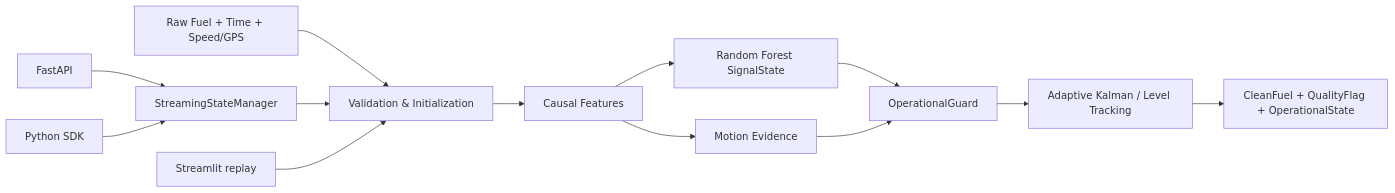
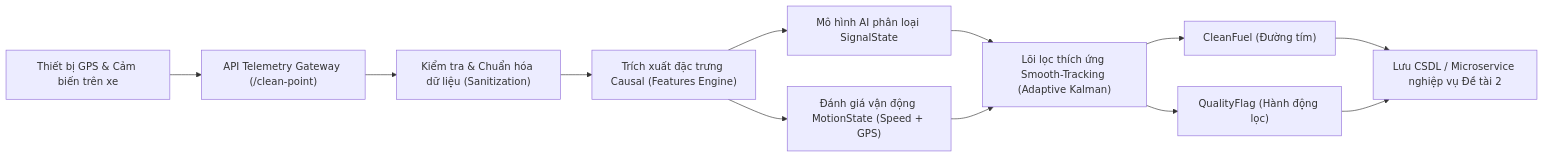
One commit to HOANGTHI2509/THUCTAP-VICOMSAT-D1 changed the first of 3 diagrams in README.md. Above: the diagram before and after it, drawn with Mermaid. The commit also changed other lines of this file, not shown here.

````diff
--- a/README.md
+++ b/README.md
@@ -76,16 +77,14 @@
 ```mermaid
 flowchart LR
-    A["Raw Fuel + Time + Speed/GPS"] --> B["Validation & Initialization"]
-    B --> C["Causal Features"]
-    C --> D["Random Forest SignalState"]
-    C --> E["Motion Evidence"]
-    D --> F["OperationalGuard"]
-    E --> F
-    F --> G["Adaptive Kalman / Level Tracking"]
-    G --> H["CleanFuel + QualityFlag + OperationalState"]
-
-    API["FastAPI"] --> S["StreamingStateManager"]
-    SDK["Python SDK"] --> S
-    S --> B
-    DASH["Streamlit replay"] --> B
+    A["Thiết bị GPS & Cảm biến trên xe"] --> B["API Telemetry Gateway (/clean-point)"]
+    B --> C["Kiểm tra & Chuẩn hóa dữ liệu (Sanitization)"]
+    C --> D["Trích xuất đặc trưng Causal (Features Engine)"]
+    D --> E["Mô hình AI phân loại SignalState"]
+    D --> I["Đánh giá vận động MotionState (Speed + GPS)"]
+    E --> F["Lõi lọc thích ứng Smooth-Tracking (Adaptive Kalman)"]
+    I --> F
+    F --> G["CleanFuel (Đường tím)"]
+    F --> H["QualityFlag (Hành động lọc)"]
+    G --> J["Lưu CSDL / Microservice nghiệp vụ Đề tài 2"]
+    H --> J
 ```
````
